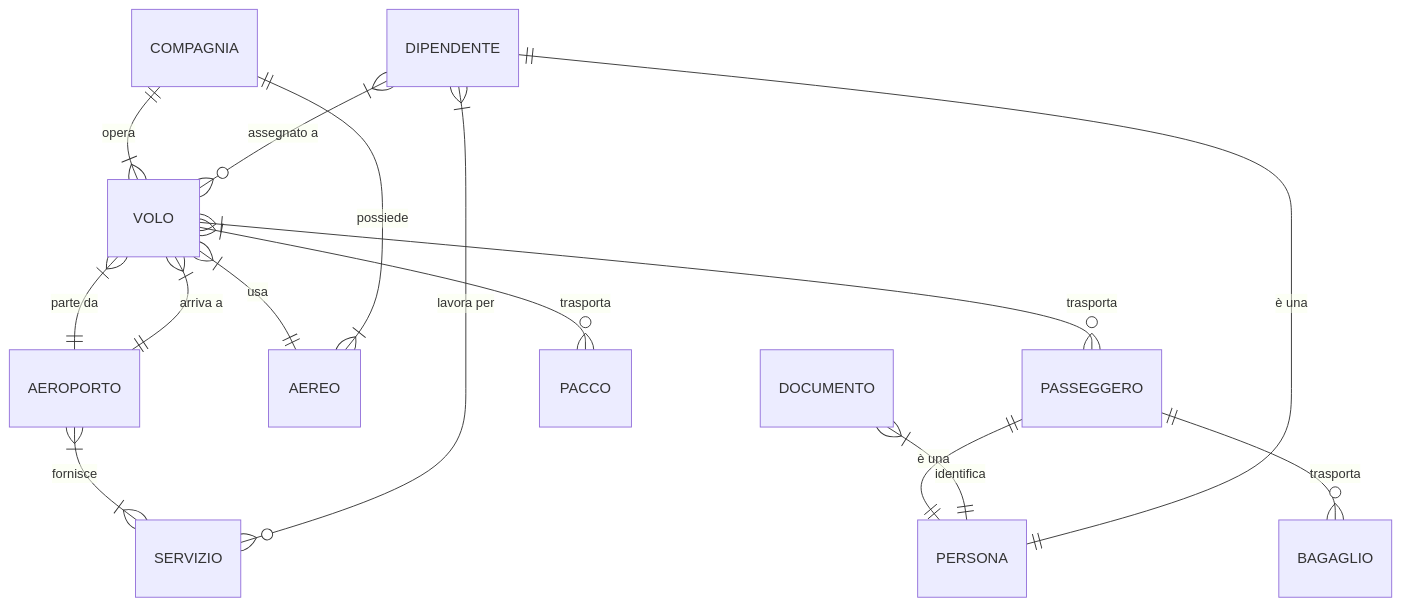
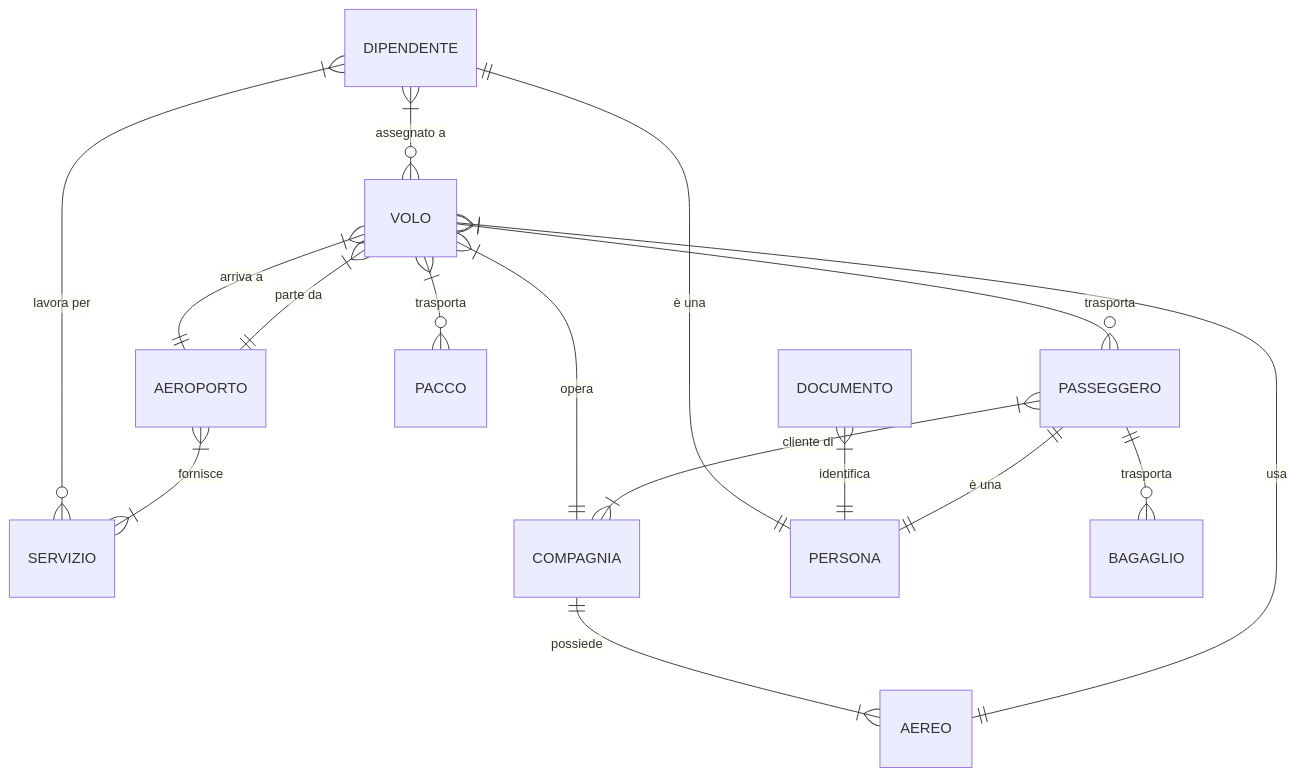
One commit to Diebbo/aereodb changed the fifth of 6 diagrams in RELAZIONE.md. Above: the diagram before and after it, drawn with Mermaid. The commit also changed other lines of this file, not shown here.

````diff
--- a/RELAZIONE.md
+++ b/RELAZIONE.md
@@ -370,22 +370,23 @@
 ```mermaid
 erDiagram
     AEROPORTO }|--|{ SERVIZIO: "fornisce"
 
     VOLO }|--|| AEROPORTO: "parte da"
     VOLO }|--|| AEROPORTO: "arriva a"
     VOLO }|--|| AEREO: "usa"
     VOLO }|--o{ PASSEGGERO: "trasporta"
     VOLO }|--o{ PACCO: "trasporta"
 
     COMPAGNIA ||--|{ VOLO: "opera"
     COMPAGNIA ||--|{ AEREO: "possiede"
 
     PASSEGGERO ||--|| PERSONA: "è una"
     PASSEGGERO ||--o{ BAGAGLIO: "trasporta"
+    PASSEGGERO }|--|{ COMPAGNIA: "cliente di"
 
     DOCUMENTO }|--|| PERSONA: "identifica"
 
     DIPENDENTE ||--|| PERSONA: "è una"
     DIPENDENTE }|--o{ VOLO: "assegnato a"
     DIPENDENTE }|--o{ SERVIZIO: "lavora per"
 ```
````
